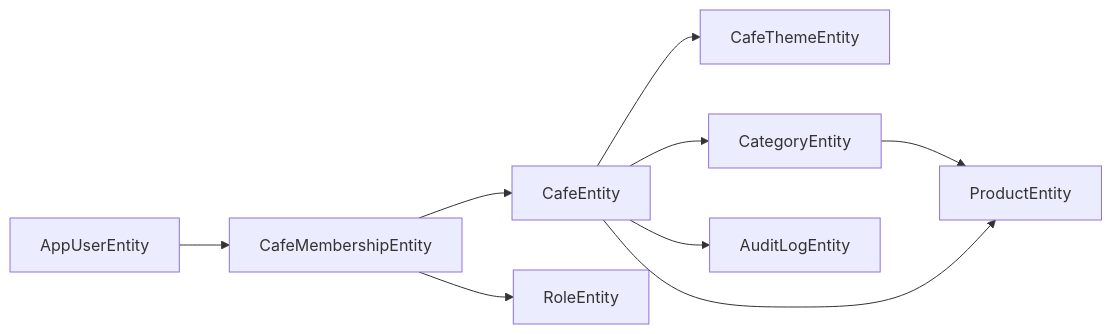
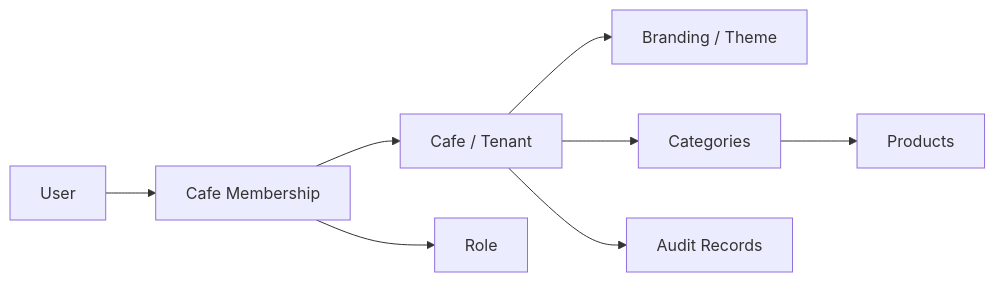
Before and after one commit to nihatakkaya/CafeMenu: the second of 4 diagrams in README.md, drawn with Mermaid. The commit also changed other lines of this file and 476 other files, not shown here.

````diff
--- a/README.md
+++ b/README.md
@@ -197,12 +197,11 @@
 ```mermaid
 flowchart LR
-    USER[AppUserEntity] --> MEMBERSHIP[CafeMembershipEntity]
-    MEMBERSHIP --> CAFE[CafeEntity]
-    MEMBERSHIP --> ROLE[RoleEntity]
+    USER[User] --> MEMBERSHIP[Cafe Membership]
+    MEMBERSHIP --> CAFE[Cafe / Tenant]
+    MEMBERSHIP --> ROLE[Role]
 
-    CAFE --> THEME[CafeThemeEntity]
-    CAFE --> CATEGORY[CategoryEntity]
-    CATEGORY --> PRODUCT[ProductEntity]
-    CAFE --> PRODUCT
-    CAFE --> AUDIT[AuditLogEntity]
+    CAFE --> THEME[Branding / Theme]
+    CAFE --> CATEGORY[Categories]
+    CATEGORY --> PRODUCT[Products]
+    CAFE --> AUDIT[Audit Records]
 ```
````
